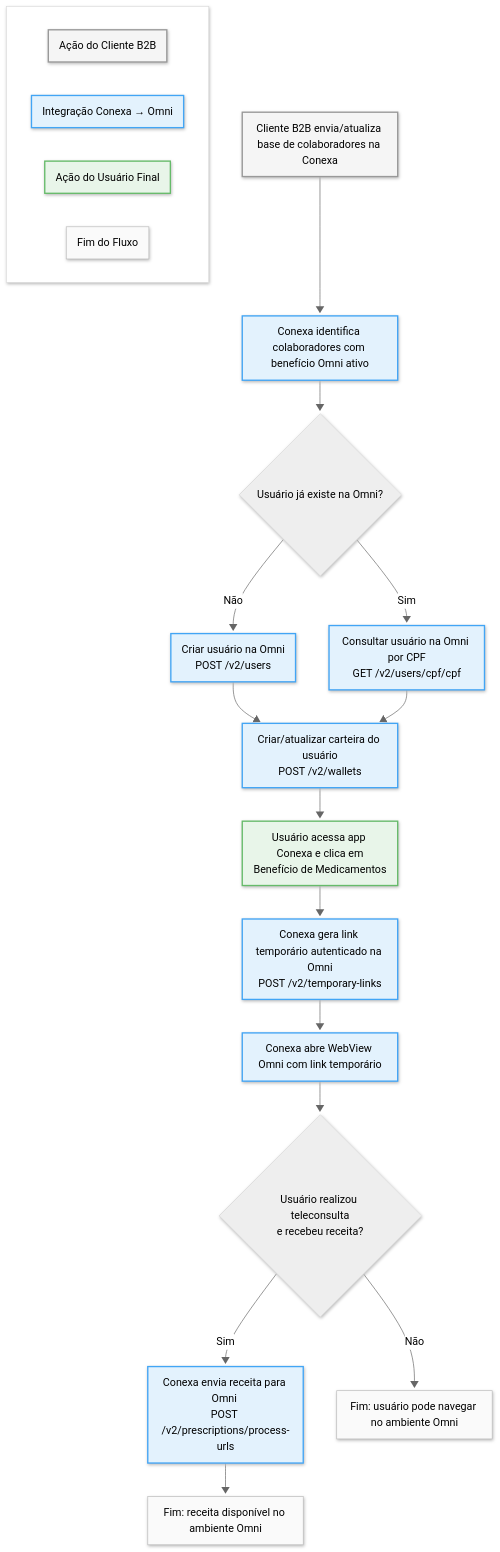
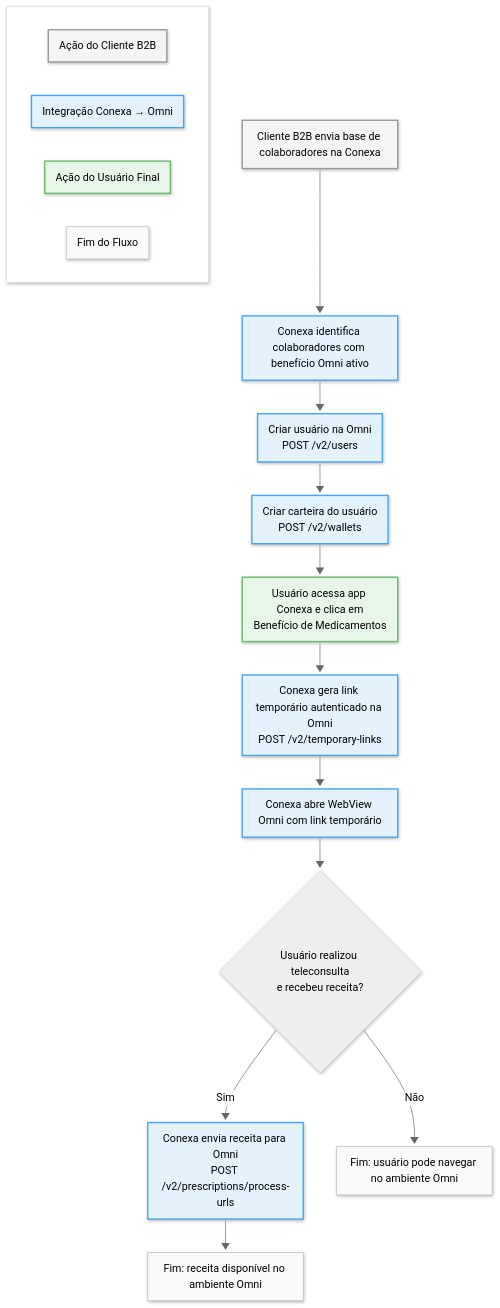
Before and after one commit to joaochade/documentacao-omni: the diagram in README.md, drawn with Mermaid (neutral theme). The commit also changed other lines of this file, not shown here.

````diff
--- a/README.md
+++ b/README.md
@@ -149,44 +158,40 @@
 ```mermaid
 ---
 config:
   look: neo
   layout: dagre
 ---
 flowchart TB
  subgraph Legend[" "]
         L1["Ação do Cliente B2B"]
         L2["Integração Conexa → Omni"]
         L3["Ação do Usuário Final"]
         L4["Fim do Fluxo"]
   end
-    A["Cliente B2B envia/atualiza base de colaboradores na Conexa"] --> B["Conexa identifica colaboradores com benefício Omni ativo"]
-    B --> C{"Usuário já existe na Omni?"}
-    C -- Não --> D["Criar usuário na Omni<br>POST /v2/users"]
-    C -- Sim --> E["Consultar usuário na Omni por CPF<br>GET /v2/users/cpf/cpf"]
-    D --> F["Criar/atualizar carteira do usuário<br>POST /v2/wallets"]
-    E --> F
+    A["Cliente B2B envia base de colaboradores na Conexa"] --> B["Conexa identifica colaboradores com benefício Omni ativo"]
+    B --> D["Criar usuário na Omni<br>POST /v2/users"]
+    D --> F["Criar carteira do usuário<br>POST /v2/wallets"]
     F --> G["Usuário acessa app Conexa e clica em<br>Benefício de Medicamentos"]
     G --> H["Conexa gera link temporário autenticado na Omni<br>POST /v2/temporary-links"]
     H --> I["Conexa abre WebView Omni com link temporário"]
     I --> J{"Usuário realizou teleconsulta<br>e recebeu receita?"}
-    J -- Sim --> K["Conexa envia receita para Omni <br>POST /v2/prescriptions/process-urls"]
+    J -- Sim --> K["Conexa envia receita para Omni<br>POST /v2/prescriptions/process-urls"]
     J -- Não --> L["Fim: usuário pode navegar no ambiente Omni"]
     K --> M["Fim: receita disponível no ambiente Omni"]
-
+    
     style L1 fill:#f5f5f5,stroke:#999,stroke-width:2px
     style L2 fill:#e3f2fd,stroke:#42a5f5,stroke-width:2px
     style L3 fill:#e8f5e9,stroke:#66bb6a,stroke-width:2px
     style L4 fill:#fafafa,stroke:#bdbdbd,stroke-width:1px
     style A fill:#f5f5f5,stroke:#999,stroke-width:2px
     style B fill:#e3f2fd,stroke:#42a5f5,stroke-width:2px
     style D fill:#e3f2fd,stroke:#42a5f5,stroke-width:2px
-    style E fill:#e3f2fd,stroke:#42a5f5,stroke-width:2px
     style F fill:#e3f2fd,stroke:#42a5f5,stroke-width:2px
     style G fill:#e8f5e9,stroke:#66bb6a,stroke-width:2px
     style H fill:#e3f2fd,stroke:#42a5f5,stroke-width:2px
     style I fill:#e3f2fd,stroke:#42a5f5,stroke-width:2px
     style K fill:#e3f2fd,stroke:#42a5f5,stroke-width:2px
     style L fill:#fafafa,stroke:#bdbdbd,stroke-width:1px
     style M fill:#fafafa,stroke:#bdbdbd,stroke-width:1px
     style Legend fill:#fff,stroke:#ddd,stroke-width:1px
 ```
````
